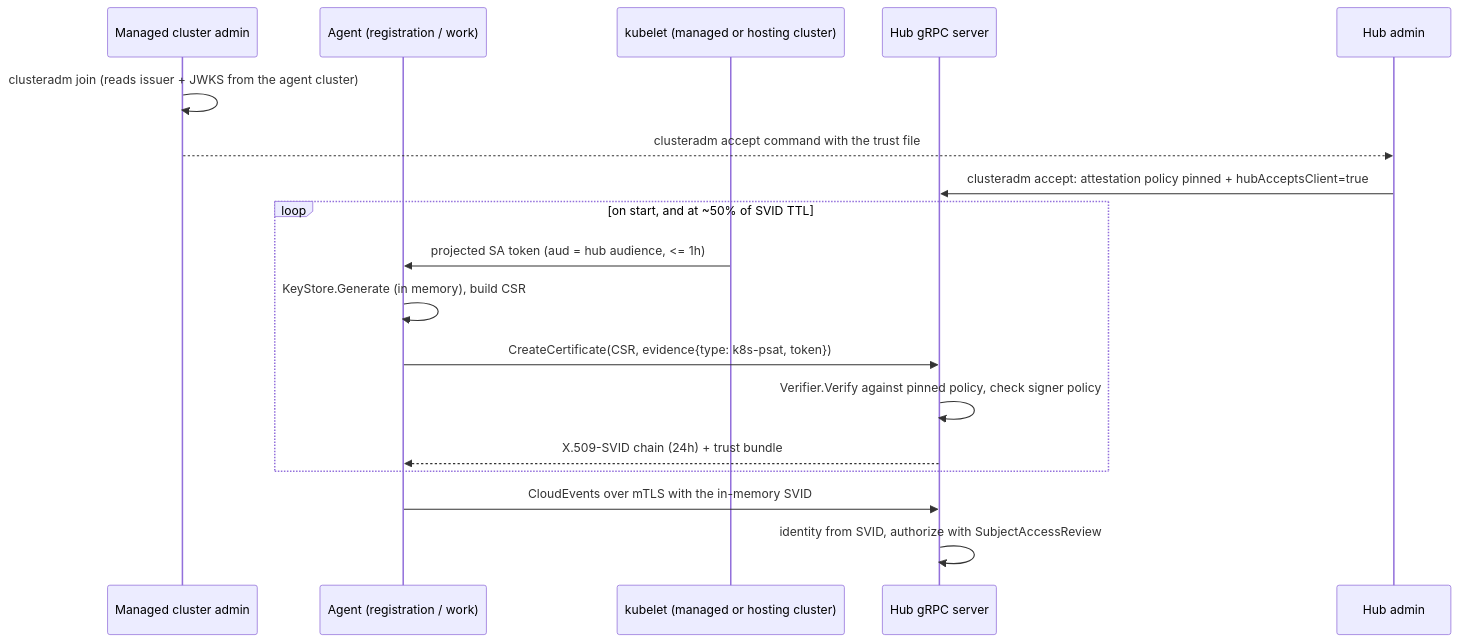
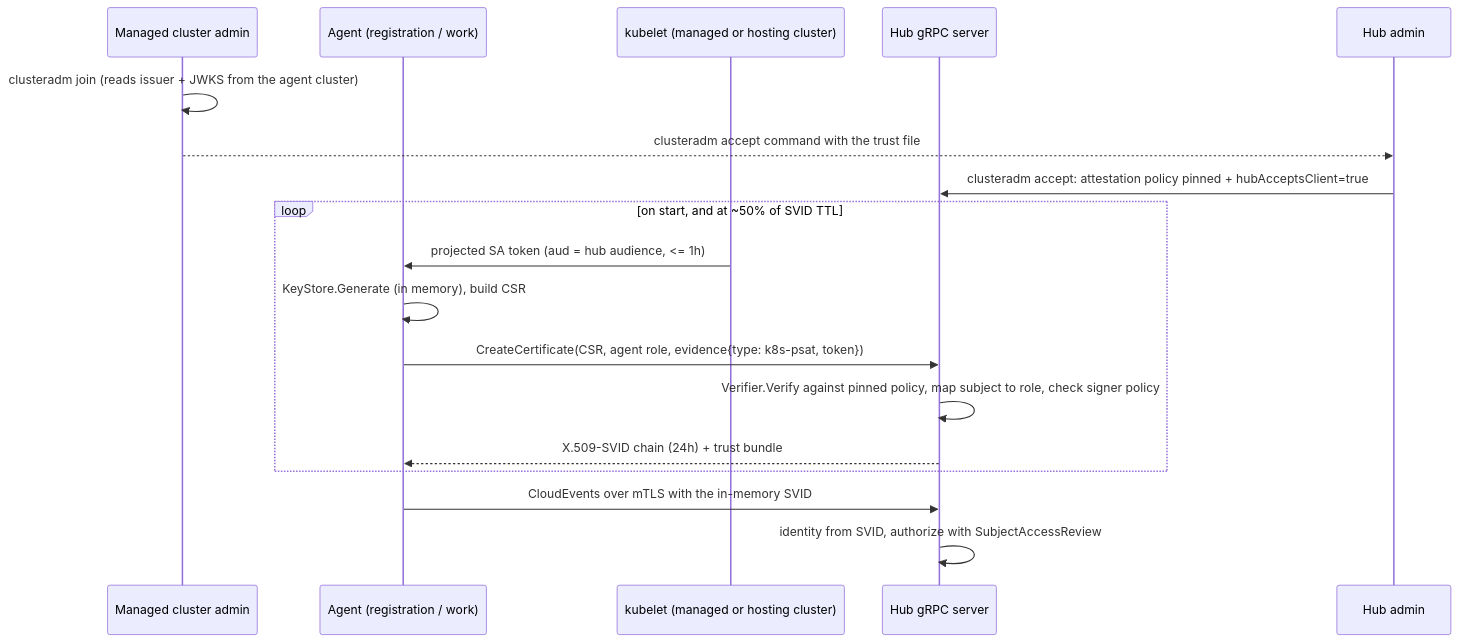
The second of 2 diagrams in enhancements/sig-architecture/199-spiffe-pluggable-registration/README.md (open-cluster-management-io/enhancements), drawn with Mermaid before and after one commit. The commit also changed other lines of this file, not shown here.

First line of the commit message:
📝 Address review: bind identities to evidence, split bootstrap listener

````diff
--- a/enhancements/sig-architecture/199-spiffe-pluggable-registration/README.md
+++ b/enhancements/sig-architecture/199-spiffe-pluggable-registration/README.md
@@ -179,20 +180,20 @@
 ```mermaid
 sequenceDiagram
     participant MA as Managed cluster admin
     participant K as Agent (registration / work)
     participant KL as kubelet (managed or hosting cluster)
     participant G as Hub gRPC server
     participant HA as Hub admin
     MA->>MA: clusteradm join (reads issuer + JWKS from the agent cluster)
     MA-->>HA: clusteradm accept command with the trust file
     HA->>G: clusteradm accept: attestation policy pinned + hubAcceptsClient=true
     loop on start, and at ~50% of SVID TTL
         KL->>K: projected SA token (aud = hub audience, <= 1h)
         K->>K: KeyStore.Generate (in memory), build CSR
-        K->>G: CreateCertificate(CSR, evidence{type: k8s-psat, token})
-        G->>G: Verifier.Verify against pinned policy, check signer policy
+        K->>G: CreateCertificate(CSR, agent role, evidence{type: k8s-psat, token})
+        G->>G: Verifier.Verify against pinned policy, map subject to role, check signer policy
         G-->>K: X.509-SVID chain (24h) + trust bundle
     end
     K->>G: CloudEvents over mTLS with the in-memory SVID
     G->>G: identity from SVID, authorize with SubjectAccessReview
 ```
````
